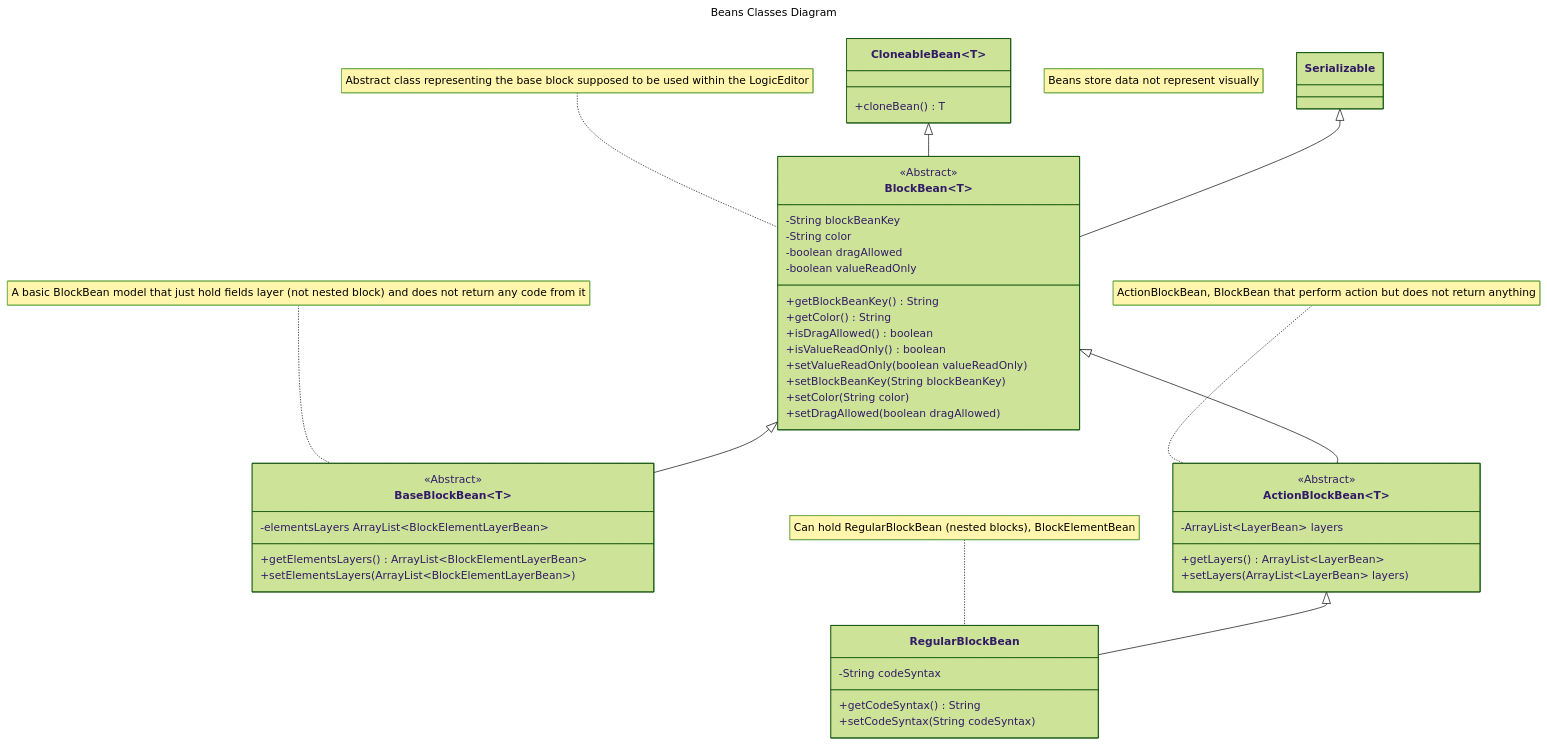
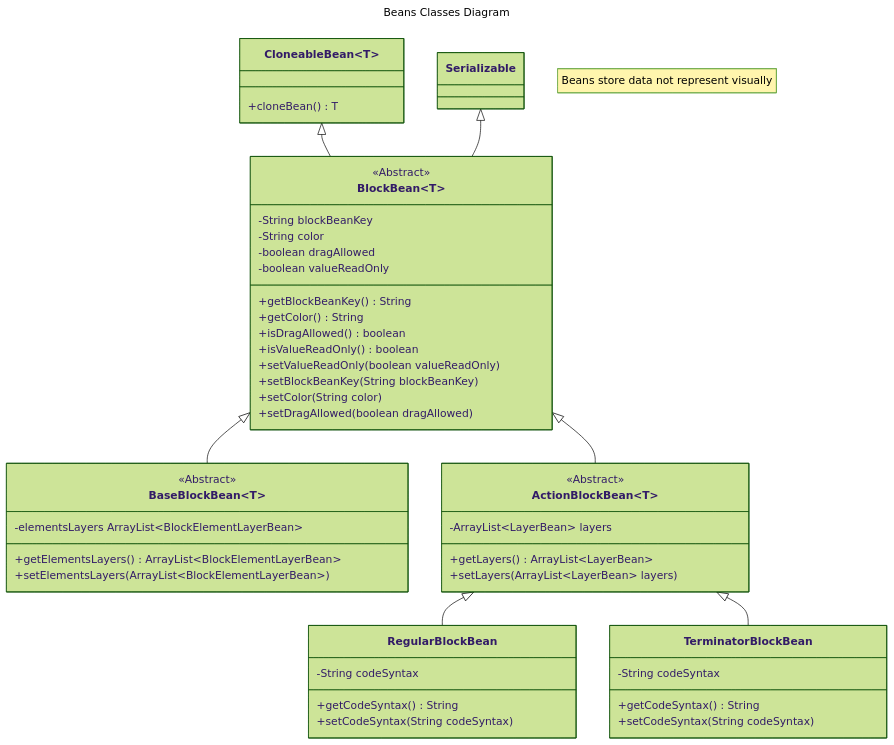
The diagram in docs/beans-classes.md (Innovative-CST/AndroidAppStudio), drawn with Mermaid (forest theme) before and after one commit.

Commit message:
uml: add UML of class TerminatorBlockBean and remove notes

````diff
--- a/docs/beans-classes.md
+++ b/docs/beans-classes.md
@@ -1,63 +1,66 @@
 ```mermaid
 ---
 title: Beans Classes Diagram
 ---
 classDiagram
     note "Beans store data not represent visually"
     class CloneableBean~T~ {
         +cloneBean() T
     }
 
     class BlockBean~T~ {
         <<Abstract>>
 
         -String blockBeanKey
 	    -String color
 	    -boolean dragAllowed
 	    -boolean valueReadOnly
 
         +getBlockBeanKey() String
         +getColor() String
         +isDragAllowed() boolean
         +isValueReadOnly() boolean
         +setValueReadOnly(boolean valueReadOnly)
         +setBlockBeanKey(String blockBeanKey)
         +setColor(String color)
         +setDragAllowed(boolean dragAllowed)
     }
-    note for BlockBean "Abstract class representing the base block supposed to be used within the LogicEditor"
     CloneableBean~T~ <|-- BlockBean~T~
     Serializable <|-- BlockBean~T~
 
     class BaseBlockBean~T~ {
         <<Abstract>>
 
         -elementsLayers ArrayList~BlockElementLayerBean~
 
         +getElementsLayers() ArrayList~BlockElementLayerBean~
         +setElementsLayers(ArrayList~BlockElementLayerBean~)
     }
-    note for BaseBlockBean "A basic BlockBean model that just hold fields layer (not nested block) and does not return any code from it"
     BlockBean~T~ <|-- BaseBlockBean~T~
 
     class ActionBlockBean~T~ {
         <<Abstract>>
 
         -ArrayList~LayerBean~ layers
 
         +getLayers() ArrayList~LayerBean~
         +setLayers(ArrayList~LayerBean~ layers)
     }
-    note for ActionBlockBean "ActionBlockBean, BlockBean that perform action but does not return anything"
     BlockBean~T~ <|-- ActionBlockBean~T~
 
     class RegularBlockBean {
         -String codeSyntax
 
         +getCodeSyntax() String
         +setCodeSyntax(String codeSyntax)
     }
 
     ActionBlockBean~RegularBlockBean~ <|-- RegularBlockBean
-    note for RegularBlockBean "Can hold RegularBlockBean (nested blocks), BlockElementBean"
+    class TerminatorBlockBean {
+        -String codeSyntax
+
+        +getCodeSyntax() String
+        +setCodeSyntax(String codeSyntax)
+    }
+    ActionBlockBean~TerminatorBlockBean~ <|-- TerminatorBlockBean
 ```
````
